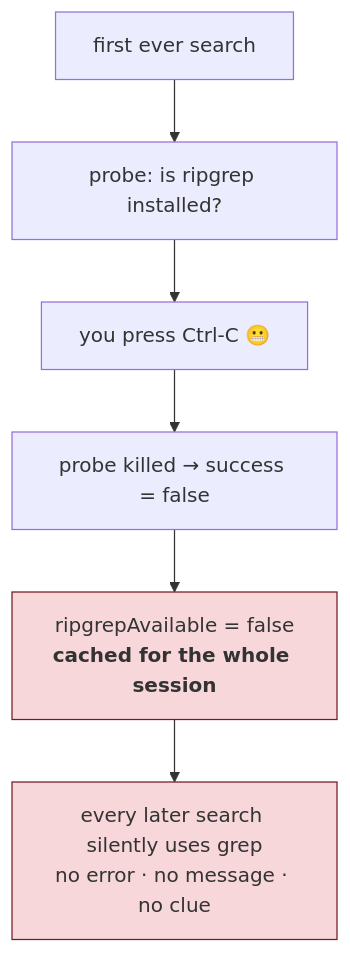
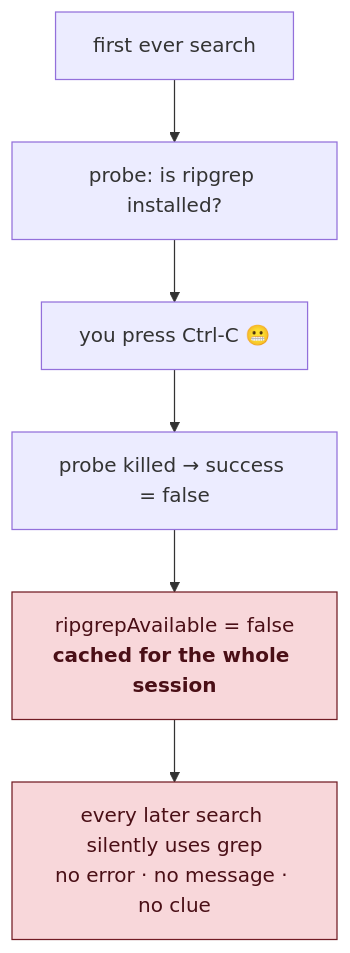
The sixth of 6 diagrams in learning/day-3/05-cancellation.md (bairoy/KRIMICODE), drawn with Mermaid before and after one commit. The commit also changed other lines of this file and 7 other files, not shown here.

Commit message:
improved the mermaid diagram rendering

````diff
--- a/learning/day-3/05-cancellation.md
+++ b/learning/day-3/05-cancellation.md
@@ -559,11 +559,11 @@
 ```mermaid
 flowchart TD
     A["first ever search"] --> B["probe: is ripgrep installed?"]
     B --> C["you press Ctrl-C 😬"]
     C --> D["probe killed → success = false"]
     D --> E["ripgrepAvailable = false<br/><b>cached for the whole session</b>"]
     E --> F["every later search silently uses grep<br/>no error · no message · no clue"]
 
-    style E fill:#f8d7da,stroke:#721c24
-    style F fill:#f8d7da,stroke:#721c24
+    style E fill:#f8d7da,stroke:#721c24,color:#4a0f16
+    style F fill:#f8d7da,stroke:#721c24,color:#4a0f16
 ```
````
